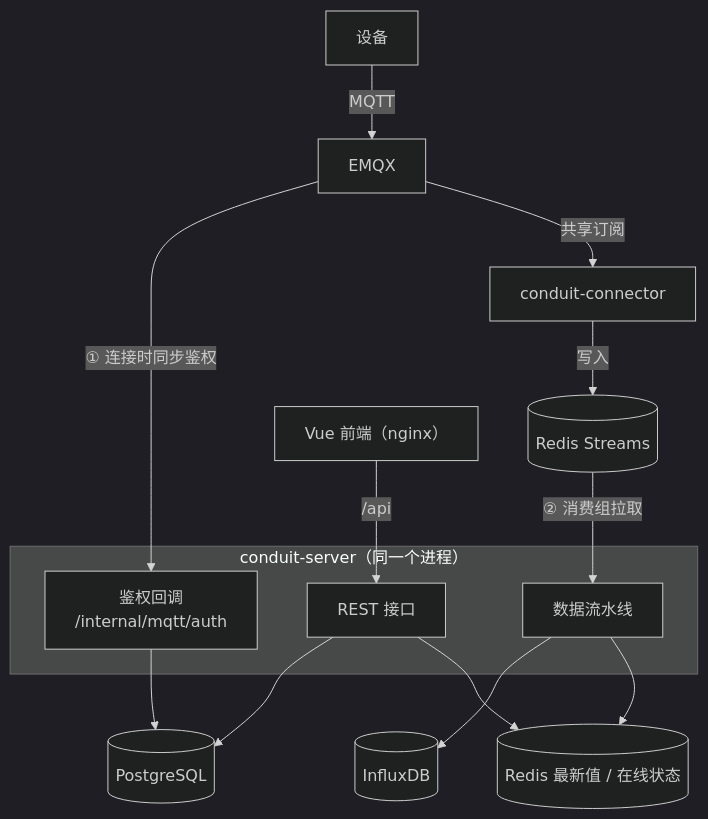
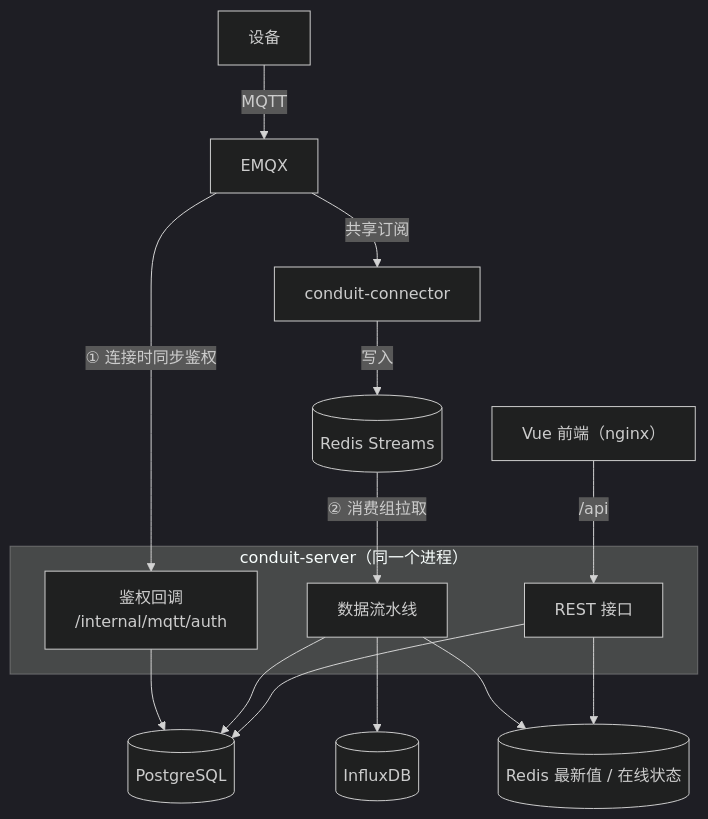
The first of 2 diagrams in README.md (Clarence404/Conduit), drawn with Mermaid (dark theme) before and after one commit. The commit also changed other lines of this file and 3 other files, not shown here.

````diff
--- a/README.md
+++ b/README.md
@@ -11,19 +11,20 @@
 ```mermaid
 flowchart TB
     D[设备] -->|MQTT| E[EMQX]
     E -->|"① 连接时同步鉴权"| A
     E -->|共享订阅| C[conduit-connector]
     C -->|写入| R[(Redis Streams)]
     R -->|"② 消费组拉取"| P
     subgraph S["conduit-server（同一个进程）"]
         A["鉴权回调<br/>/internal/mqtt/auth"]
         P[数据流水线]
         API[REST 接口]
     end
     A --> PG[(PostgreSQL)]
+    P --> PG
     P --> IF[(InfluxDB)]
     P --> RD[(Redis 最新值 / 在线状态)]
     API --> PG
     API --> RD
     W["Vue 前端（nginx）"] -->|/api| API
 ```
````
